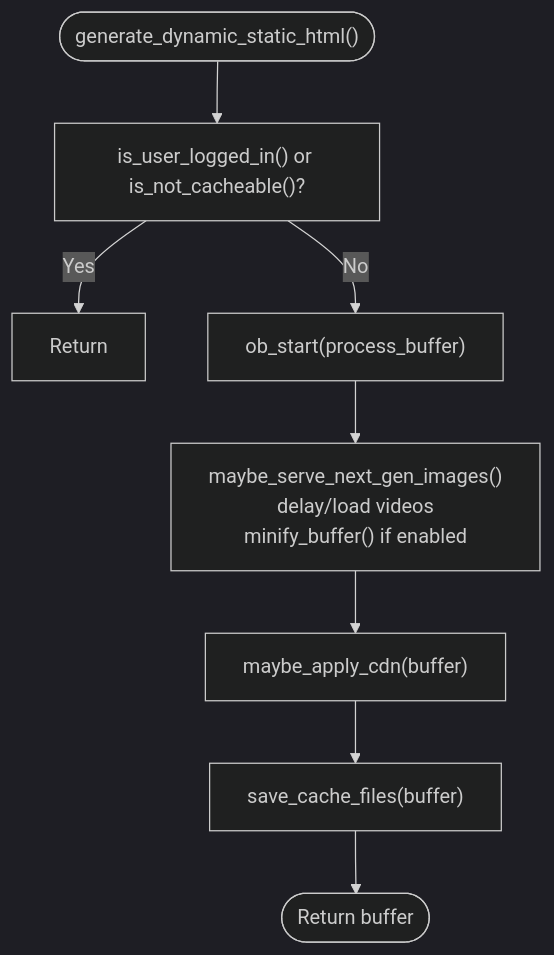
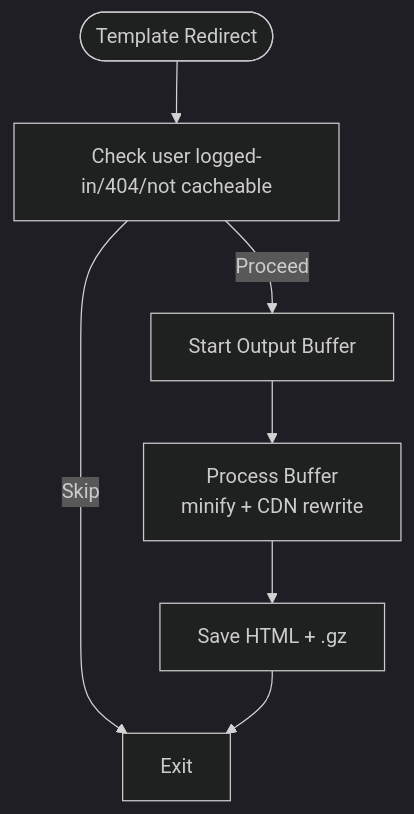
One commit to nilesh32236/performance-optimisation changed the third of 10 diagrams in .qoder/repowiki/en/content/Troubleshooting & Support.md. Above: the diagram before and after it, drawn with Mermaid (dark theme). The commit also changed other lines of this file and 46 other files, not shown here.

````diff
--- a/.qoder/repowiki/en/content/Troubleshooting & Support.md
+++ b/.qoder/repowiki/en/content/Troubleshooting & Support.md
@@ -214,10 +163,9 @@
 ```mermaid
 flowchart TD
-Start(["generate_dynamic_static_html()"]) --> Check["is_user_logged_in() or is_not_cacheable()?"]
-Check --> |Yes| Exit["Return"]
-Check --> |No| ObStart["ob_start(process_buffer)"]
-ObStart --> Process["maybe_serve_next_gen_images()<br/>delay/load videos<br/>minify_buffer() if enabled"]
-Process --> CDN["maybe_apply_cdn(buffer)"]
-CDN --> Save["save_cache_files(buffer)"]
-Save --> End(["Return buffer"])
+Start(["Template Redirect"]) --> Check["Check user logged-in/404/not cacheable"]
+Check --> |Skip| End["Exit"]
+Check --> |Proceed| Buffer["Start Output Buffer"]
+Buffer --> Process["Process Buffer<br/>minify + CDN rewrite"]
+Process --> Save["Save HTML + .gz"]
+Save --> End
 ```
````
